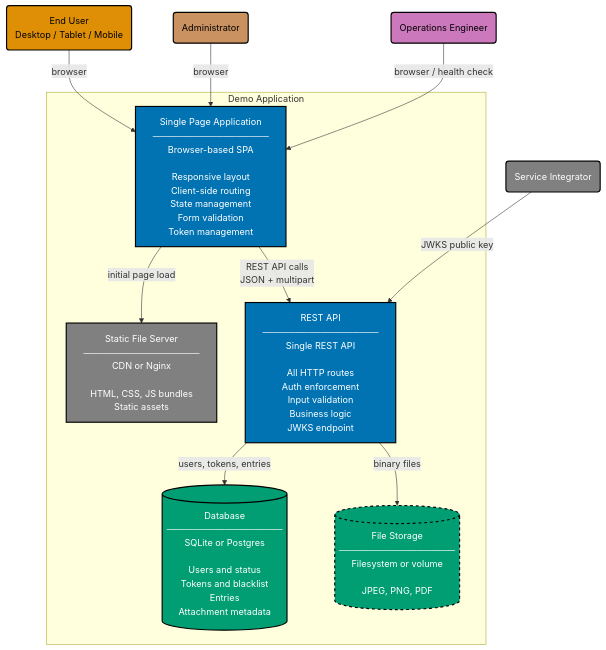
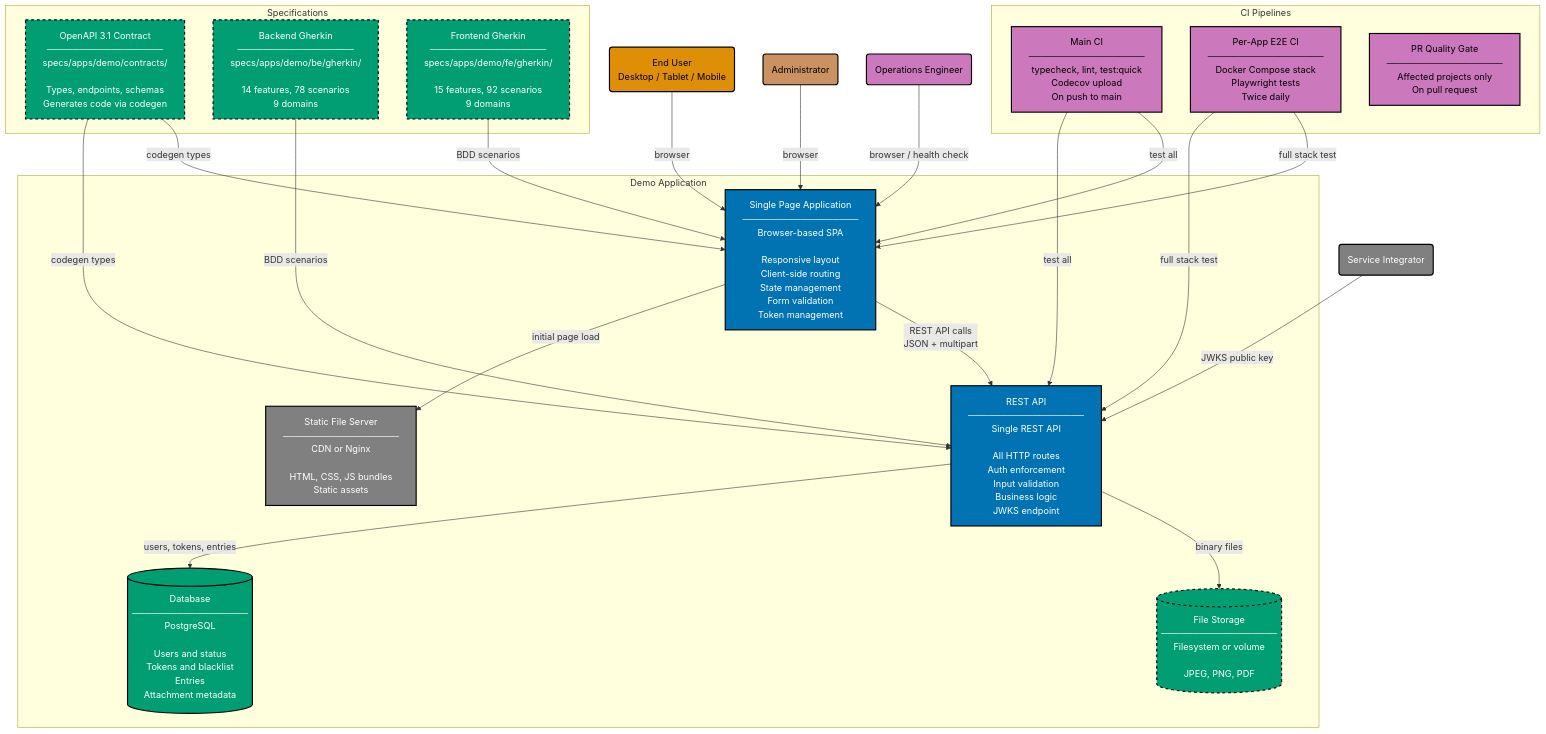
Before and after one commit to wahidyankf/open-sharia-enterprise: the diagram in specs/apps/demo/c4/container.md, drawn with Mermaid. The commit also changed other lines of this file and 4 other files, not shown here.

First line of the commit message:
docs(demo-c4): update C4 diagrams with implementations, CI, contracts, and Gherkin coverage

````diff
--- a/specs/apps/demo/c4/container.md
+++ b/specs/apps/demo/c4/container.md
@@ -11,41 +13,69 @@
 ```mermaid
 %% Color Palette: Blue #0173B2 | Orange #DE8F05 | Teal #029E73 | Purple #CC78BC | Brown #CA9161 | Gray #808080
 graph TD
     EU("End User<br/>Desktop / Tablet / Mobile"):::actor
     ADM("Administrator"):::actor_admin
     OPS("Operations Engineer"):::actor_ops
     SI("Service Integrator"):::actor_si
 
     subgraph SYSTEM["Demo Application"]
         SPA["Single Page Application<br/>──────────────────<br/>Browser-based SPA<br/><br/>Responsive layout<br/>Client-side routing<br/>State management<br/>Form validation<br/>Token management"]:::container_fe
 
         STATIC["Static File Server<br/>──────────────────<br/>CDN or Nginx<br/><br/>HTML, CSS, JS bundles<br/>Static assets"]:::infra
 
         API["REST API<br/>──────────────────<br/>Single REST API<br/><br/>All HTTP routes<br/>Auth enforcement<br/>Input validation<br/>Business logic<br/>JWKS endpoint"]:::container_be
 
-        DB[("Database<br/>──────────────────<br/>SQLite or Postgres<br/><br/>Users and status<br/>Tokens and blacklist<br/>Entries<br/>Attachment metadata")]:::datastore
+        DB[("Database<br/>──────────────────<br/>PostgreSQL<br/><br/>Users and status<br/>Tokens and blacklist<br/>Entries<br/>Attachment metadata")]:::datastore
 
         FS[("File Storage<br/>──────────────────<br/>Filesystem or volume<br/><br/>JPEG, PNG, PDF")]:::filestorage
+    end
+
+    subgraph SPECS["Specifications"]
+        CONTRACT["OpenAPI 3.1 Contract<br/>──────────────────<br/>specs/apps/demo/contracts/<br/><br/>Types, endpoints, schemas<br/>Generates code via codegen"]:::spec
+
+        BE_GHERKIN["Backend Gherkin<br/>──────────────────<br/>specs/apps/demo/be/gherkin/<br/><br/>14 features, 78 scenarios<br/>9 domains"]:::spec
+
+        FE_GHERKIN["Frontend Gherkin<br/>──────────────────<br/>specs/apps/demo/fe/gherkin/<br/><br/>15 features, 92 scenarios<br/>9 domains"]:::spec
+    end
+
+    subgraph CICD["CI Pipelines"]
+        MAIN_CI["Main CI<br/>──────────────────<br/>typecheck, lint, test:quick<br/>Codecov upload<br/>On push to main"]:::ci
+
+        E2E_CI["Per-App E2E CI<br/>──────────────────<br/>Docker Compose stack<br/>Playwright tests<br/>Twice daily"]:::ci
+
+        PR_CI["PR Quality Gate<br/>──────────────────<br/>Affected projects only<br/>On pull request"]:::ci
     end
 
     EU -->|"browser"| SPA
     ADM -->|"browser"| SPA
     OPS -->|"browser / health check"| SPA
     SI -->|"JWKS public key"| API
 
     SPA -->|"initial page load"| STATIC
     SPA -->|"REST API calls<br/>JSON + multipart"| API
 
     API -->|"users, tokens, entries"| DB
     API -->|"binary files"| FS
 
+    CONTRACT -->|"codegen types"| API
+    CONTRACT -->|"codegen types"| SPA
+    BE_GHERKIN -->|"BDD scenarios"| API
+    FE_GHERKIN -->|"BDD scenarios"| SPA
+
+    MAIN_CI -->|"test all"| API
+    MAIN_CI -->|"test all"| SPA
+    E2E_CI -->|"full stack test"| API
+    E2E_CI -->|"full stack test"| SPA
+
     classDef actor fill:#DE8F05,stroke:#000000,color:#000000,stroke-width:2px
     classDef actor_admin fill:#CA9161,stroke:#000000,color:#000000,stroke-width:2px
     classDef actor_ops fill:#CC78BC,stroke:#000000,color:#000000,stroke-width:2px
     classDef actor_si fill:#808080,stroke:#000000,color:#FFFFFF,stroke-width:2px
     classDef container_fe fill:#0173B2,stroke:#000000,color:#FFFFFF,stroke-width:2px
     classDef container_be fill:#0173B2,stroke:#000000,color:#FFFFFF,stroke-width:2px
     classDef infra fill:#808080,stroke:#000000,color:#FFFFFF,stroke-width:2px
     classDef datastore fill:#029E73,stroke:#000000,color:#FFFFFF,stroke-width:2px
     classDef filestorage fill:#029E73,stroke:#000000,color:#FFFFFF,stroke-width:2px,stroke-dasharray:5 5
+    classDef spec fill:#029E73,stroke:#000000,color:#FFFFFF,stroke-width:2px,stroke-dasharray:5 5
+    classDef ci fill:#CC78BC,stroke:#000000,color:#000000,stroke-width:2px
 ```
````
